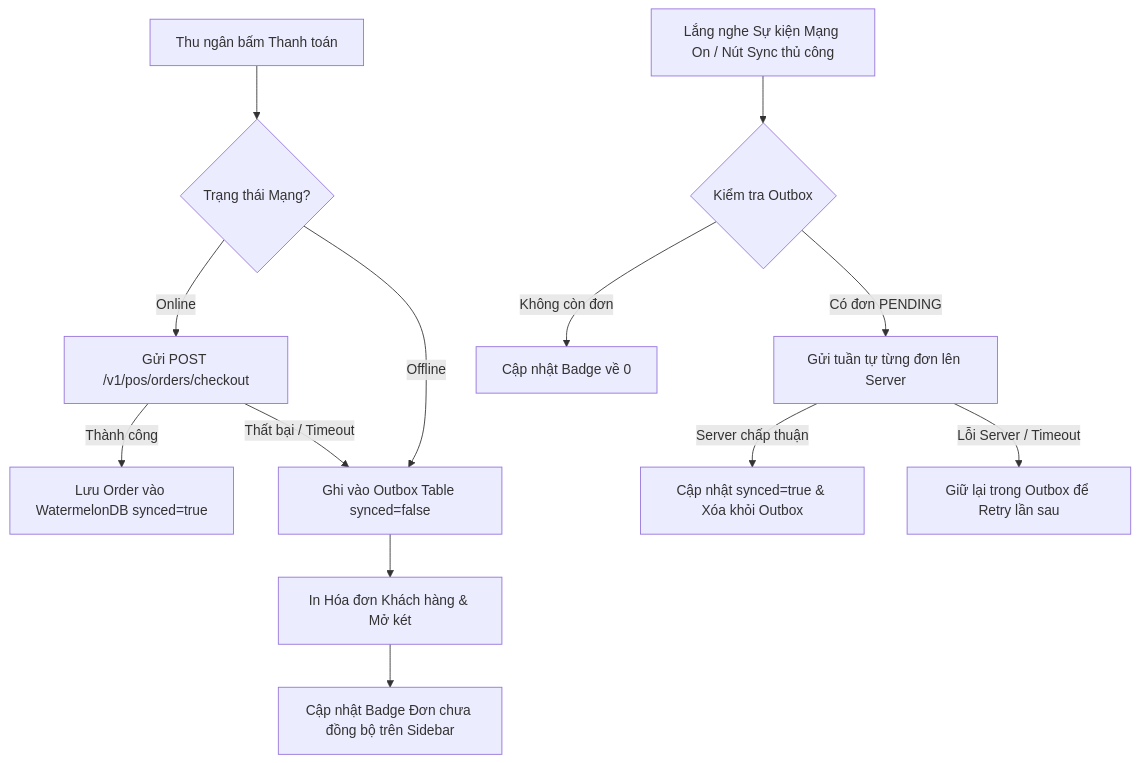
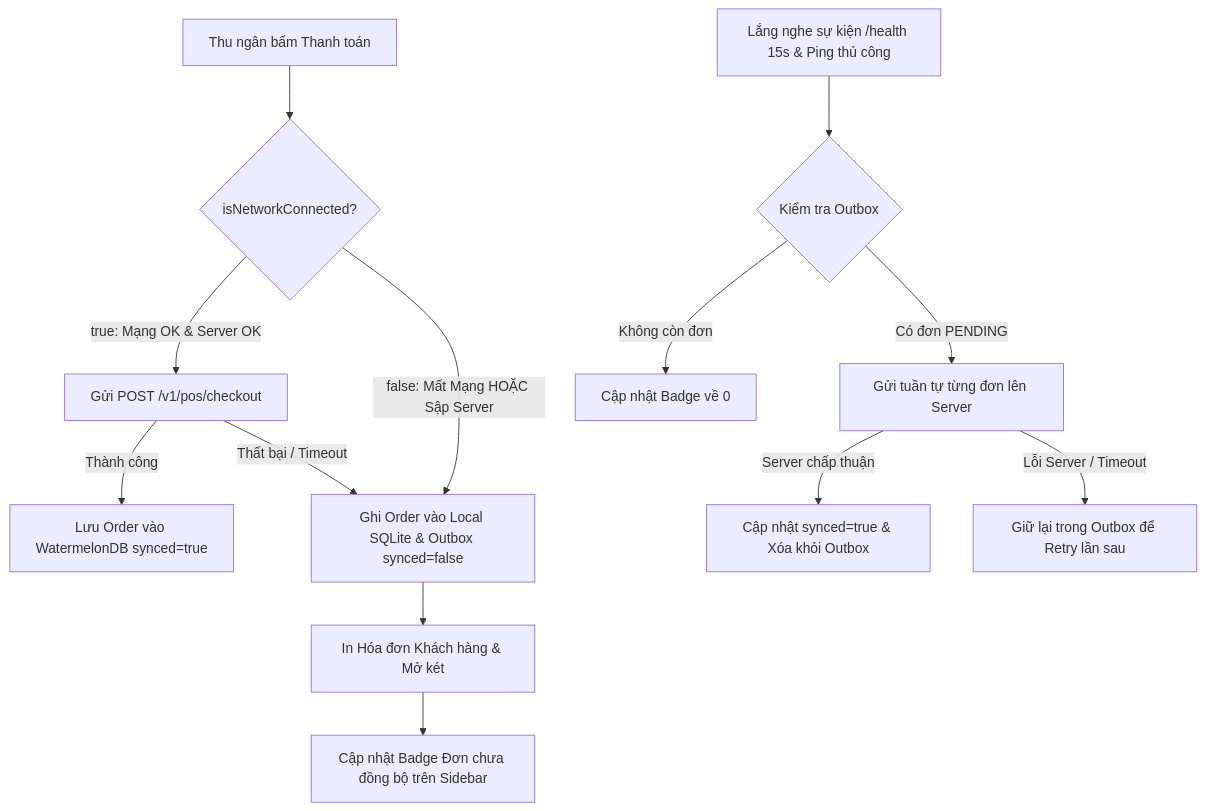
The diagram in docs/specs/0004-offline-sync-engine.md (AdamFakee/Souvenir.Bitexco), drawn with Mermaid before and after one commit. The commit also changed 47 other files, not shown here.

````diff
--- a/docs/specs/0004-offline-sync-engine.md
+++ b/docs/specs/0004-offline-sync-engine.md
@@ -22,17 +22,17 @@
 ```mermaid
 flowchart TD
-    A[Thu ngân bấm Thanh toán] --> B{Trạng thái Mạng?}
-    B -- Online --> C[Gửi POST /v1/pos/orders/checkout]
+    A[Thu ngân bấm Thanh toán] --> B{isNetworkConnected?}
+    B -- true: Mạng OK & Server OK --> C[Gửi POST /v1/pos/checkout]
     C -- Thành công --> D[Lưu Order vào WatermelonDB synced=true]
-    C -- Thất bại / Timeout --> E[Ghi vào Outbox Table synced=false]
-    B -- Offline --> E
+    C -- Thất bại / Timeout --> E[Ghi Order vào Local SQLite & Outbox synced=false]
+    B -- false: Mất Mạng HOẶC Sập Server --> E
 
     E --> F[In Hóa đơn Khách hàng & Mở két]
     F --> G[Cập nhật Badge Đơn chưa đồng bộ trên Sidebar]
 
-    H[Lắng nghe Sự kiện Mạng On / Nút Sync thủ công] --> I{Kiểm tra Outbox}
+    H[Lắng nghe sự kiện /health 15s & Ping thủ công] --> I{Kiểm tra Outbox}
     I -- Có đơn PENDING --> J[Gửi tuần tự từng đơn lên Server]
     J -- Server chấp thuận --> K[Cập nhật synced=true & Xóa khỏi Outbox]
     J -- Lỗi Server / Timeout --> L[Giữ lại trong Outbox để Retry lần sau]
     I -- Không còn đơn --> M[Cập nhật Badge về 0]
 ```
````
